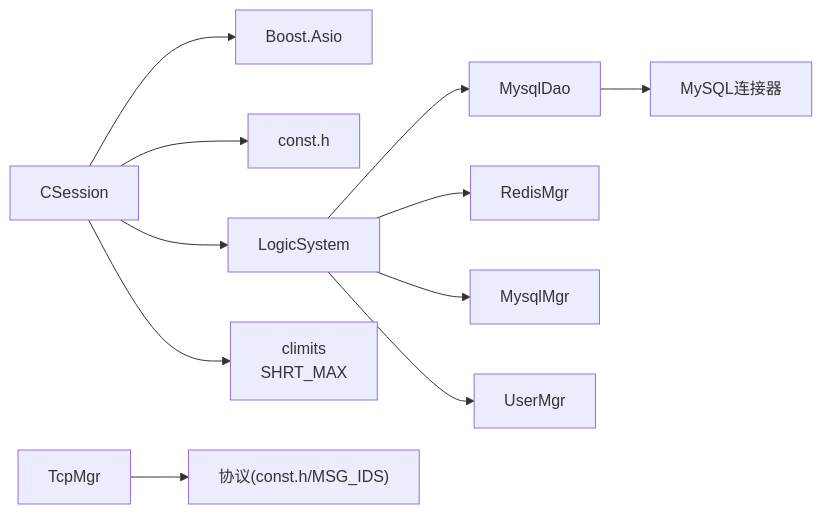
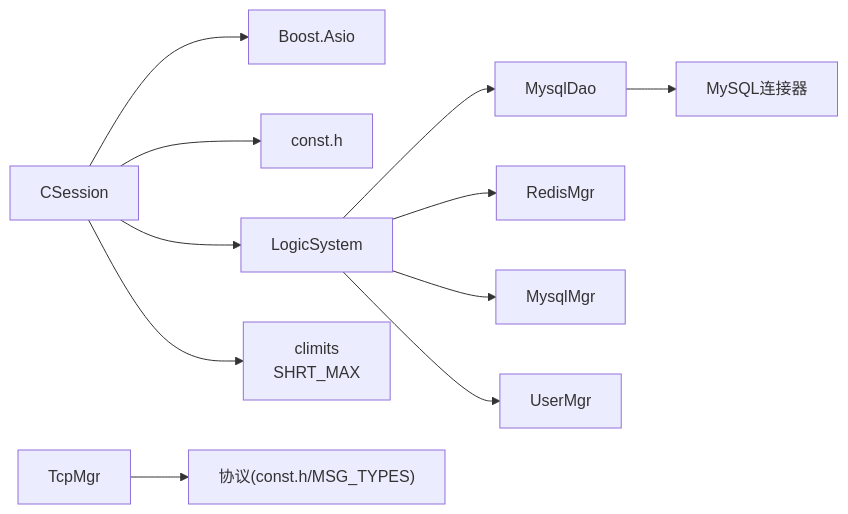
The eighth of 8 diagrams in .qoder/repowiki/zh/content/服务端开发/ChatServer聊天核心服务/会话管理/消息处理机制.md (echo9923/mychatter), drawn with Mermaid before and after one commit. The commit also changed other lines of this file and 128 other files, not shown here.

First line of the commit message:
refactor(protocol): TCP 帧头消息类型 msg_id 全局改名为 msg_type

````diff
--- a/.qoder/repowiki/zh/content/服务端开发/ChatServer聊天核心服务/会话管理/消息处理机制.md
+++ b/.qoder/repowiki/zh/content/服务端开发/ChatServer聊天核心服务/会话管理/消息处理机制.md
@@ -450,13 +450,13 @@
 ```mermaid
 graph LR
 CSession --> Asio["Boost.Asio"]
 CSession --> Const["const.h"]
 CSession --> Logic["LogicSystem"]
 CSession --> Climits["climits<br/>SHRT_MAX"]
 Logic --> MysqlDao["MysqlDao"]
 Logic --> Redis["RedisMgr"]
 Logic --> MySQL["MysqlMgr"]
 Logic --> UserMgr["UserMgr"]
 MysqlDao --> MySQLConn["MySQL连接器"]
-TcpMgr --> Protocol["协议(const.h/MSG_IDS)"]
+TcpMgr --> Protocol["协议(const.h/MSG_TYPES)"]
 ```
````
